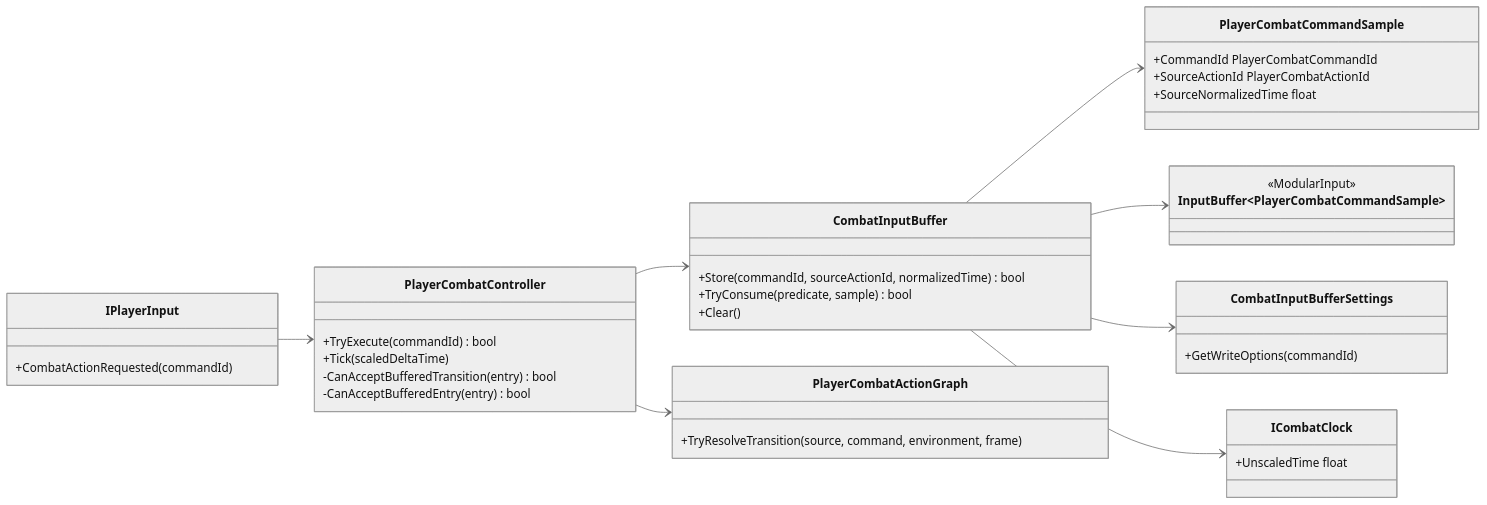
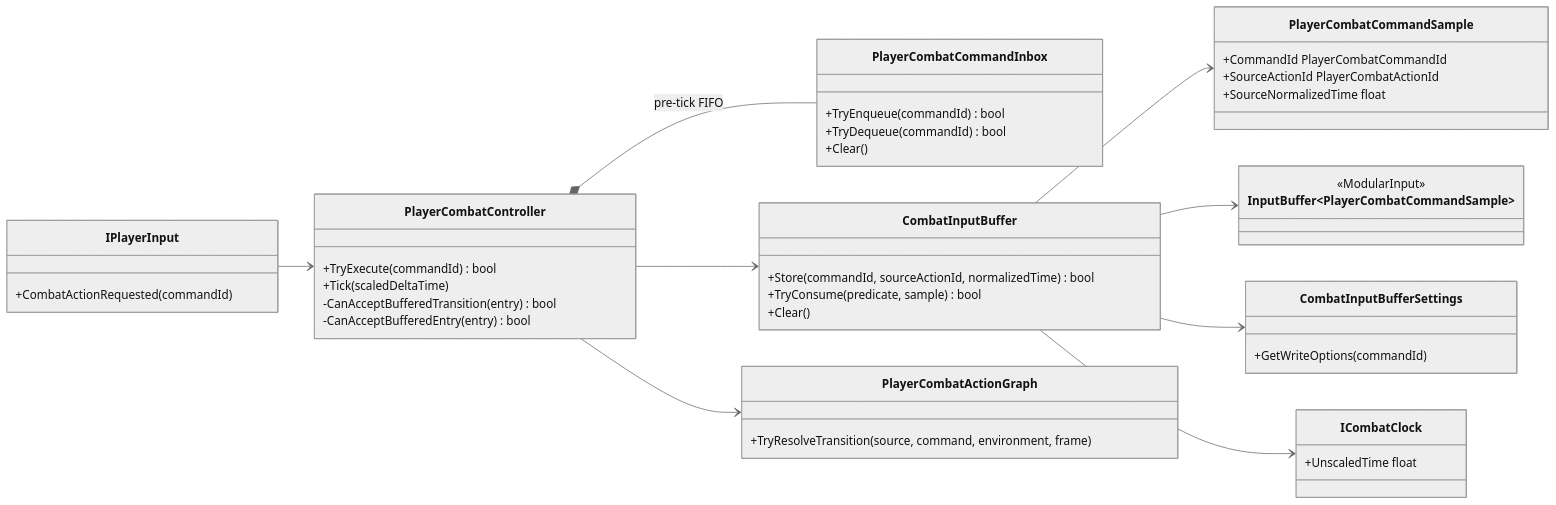
Before and after one commit to MaximFonariuc/project-s: the diagram in Docs/Architecture/Combat.InputBuffer.md, drawn with Mermaid (neutral theme). The commit also changed other lines of this file and 6 other files, not shown here.

Commit message:
refactor(combat): isolate gameplay command inbox

````diff
--- a/Docs/Architecture/Combat.InputBuffer.md
+++ b/Docs/Architecture/Combat.InputBuffer.md
@@ -9,44 +9,50 @@
 ```mermaid
 classDiagram
     direction LR
 
     class IPlayerInput {
         +CombatActionRequested(commandId)
     }
     class PlayerCombatController {
         +TryExecute(commandId) bool
         +Tick(scaledDeltaTime)
         -CanAcceptBufferedTransition(entry) bool
         -CanAcceptBufferedEntry(entry) bool
+    }
+    class PlayerCombatCommandInbox {
+        +TryEnqueue(commandId) bool
+        +TryDequeue(commandId) bool
+        +Clear()
     }
     class CombatInputBuffer {
         +Store(commandId, sourceActionId, normalizedTime) bool
         +TryConsume(predicate, sample) bool
         +Clear()
     }
     class PlayerCombatCommandSample {
         +CommandId PlayerCombatCommandId
         +SourceActionId PlayerCombatActionId
         +SourceNormalizedTime float
     }
     class CombatInputBufferSettings {
         +GetWriteOptions(commandId)
     }
     class InputBuffer~PlayerCombatCommandSample~ {
         <<ModularInput>>
     }
     class PlayerCombatActionGraph {
         +TryResolveTransition(source, command, environment, frame)
     }
     class ICombatClock {
         +UnscaledTime float
     }
 
     IPlayerInput --> PlayerCombatController
+    PlayerCombatController *-- PlayerCombatCommandInbox : pre-tick FIFO
     PlayerCombatController --> CombatInputBuffer
     PlayerCombatController --> PlayerCombatActionGraph
     CombatInputBuffer --> PlayerCombatCommandSample
     CombatInputBuffer --> InputBuffer~PlayerCombatCommandSample~
     CombatInputBuffer --> CombatInputBufferSettings
     CombatInputBuffer --> ICombatClock
 ```
````
